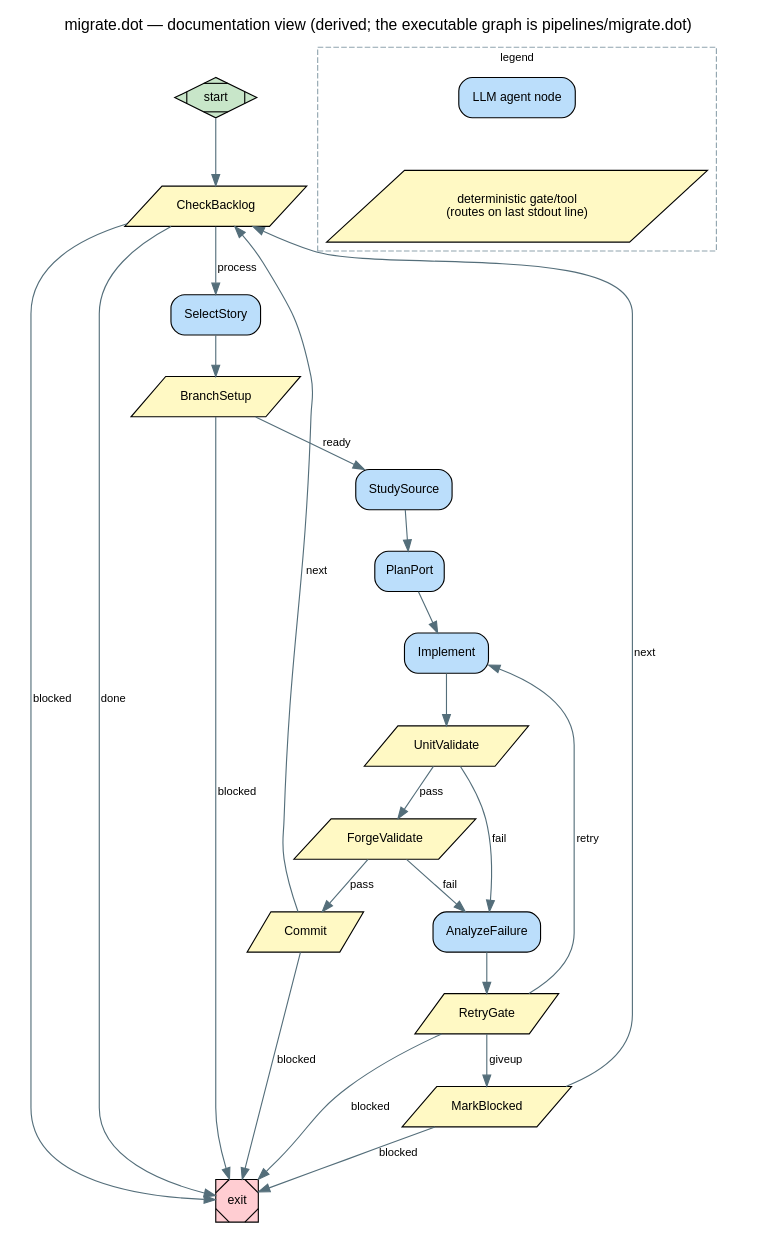
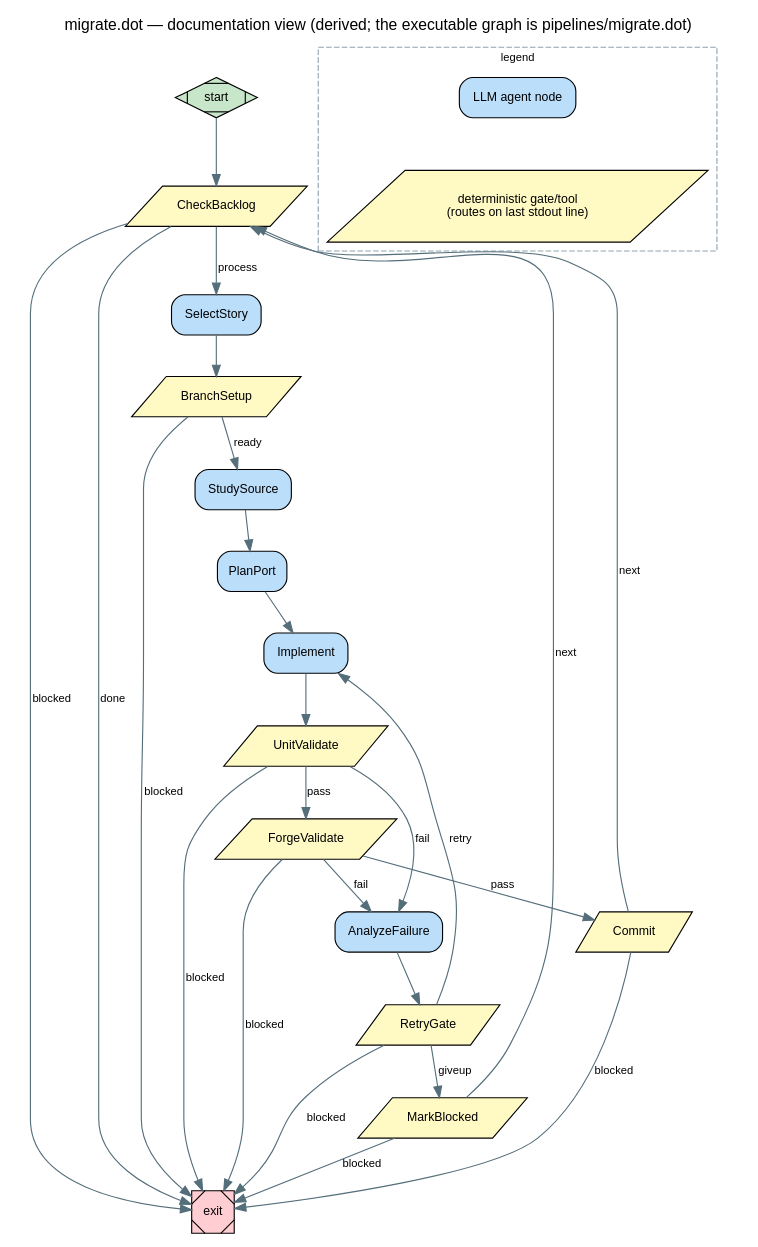
The diagram in docs/diagrams/migrate.dot (michaeljabbour/amplifier-capability-migrate), drawn with Graphviz before and after one commit. The commit also changed 23 other files, not shown here.

```diff
--- a/docs/diagrams/migrate.dot
+++ b/docs/diagrams/migrate.dot
@@ -1,47 +1,49 @@
 digraph migrate_doc {
   rankdir=TB; fontname="Helvetica"; labelloc=t;
   label="migrate.dot — documentation view (derived; the executable graph is pipelines/migrate.dot)";
   node [fontname="Helvetica", fontsize=11]; edge [fontname="Helvetica", fontsize=10, color="#546e7a"];
   start [shape=Mdiamond, style=filled, fillcolor="#c8e6c9"];
   CheckBacklog [shape=parallelogram, style=filled, fillcolor="#fff9c4"];
   SelectStory [shape=box, style="rounded,filled", fillcolor="#bbdefb"];
   BranchSetup [shape=parallelogram, style=filled, fillcolor="#fff9c4"];
   StudySource [shape=box, style="rounded,filled", fillcolor="#bbdefb"];
   PlanPort [shape=box, style="rounded,filled", fillcolor="#bbdefb"];
   Implement [shape=box, style="rounded,filled", fillcolor="#bbdefb"];
   UnitValidate [shape=parallelogram, style=filled, fillcolor="#fff9c4"];
   ForgeValidate [shape=parallelogram, style=filled, fillcolor="#fff9c4"];
   AnalyzeFailure [shape=box, style="rounded,filled", fillcolor="#bbdefb"];
   RetryGate [shape=parallelogram, style=filled, fillcolor="#fff9c4"];
   Commit [shape=parallelogram, style=filled, fillcolor="#fff9c4"];
   MarkBlocked [shape=parallelogram, style=filled, fillcolor="#fff9c4"];
   exit [shape=Msquare, style=filled, fillcolor="#ffcdd2"];
   CheckBacklog -> exit [label="blocked"];
   RetryGate -> exit [label="blocked"];
   Commit -> exit [label="blocked"];
   MarkBlocked -> exit [label="blocked"];
+  UnitValidate -> exit [label="blocked"];
+  ForgeValidate -> exit [label="blocked"];
   start -> CheckBacklog;
   CheckBacklog -> exit [label="done"];
   CheckBacklog -> SelectStory [label="process"];
   SelectStory -> BranchSetup;
   BranchSetup -> StudySource [label="ready"];
   BranchSetup -> exit [label="blocked"];
   StudySource -> PlanPort;
   PlanPort -> Implement;
   Implement -> UnitValidate;
   UnitValidate -> ForgeValidate [label="pass"];
   UnitValidate -> AnalyzeFailure [label="fail"];
   ForgeValidate -> Commit [label="pass"];
   ForgeValidate -> AnalyzeFailure [label="fail"];
   AnalyzeFailure -> RetryGate;
   RetryGate -> Implement [label="retry"];
   RetryGate -> MarkBlocked [label="giveup"];
   Commit -> CheckBacklog [label="next"];
   MarkBlocked -> CheckBacklog [label="next"];
   subgraph cluster_legend {
     label="legend"; fontsize=10; style=dashed; color="#90a4ae";
     l1 [shape=box, style="rounded,filled", fillcolor="#bbdefb", label="LLM agent node"];
     l2 [shape=parallelogram, style=filled, fillcolor="#fff9c4", label="deterministic gate/tool\n(routes on last stdout line)"];
     l1 -> l2 [label="edge label = routing value", style=invis];
   }
 }
```
